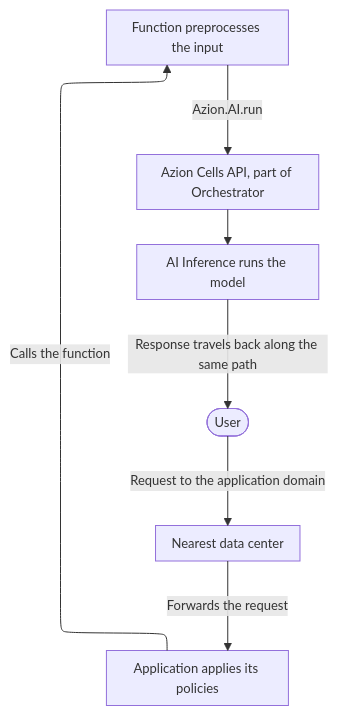
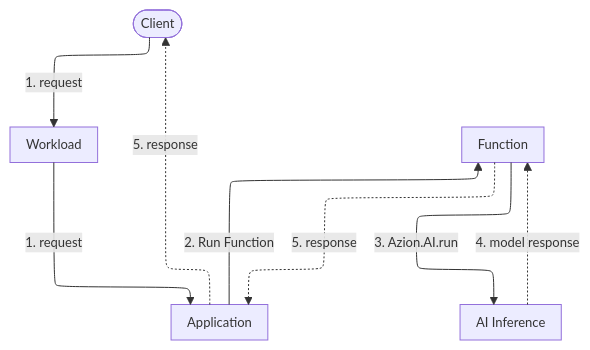
Before and after one commit to aziontech/docs: the diagram in apps/docs/src/content/docs/en/pages/main-menu/reference/ai-inference/how-it-works.mdx, drawn with Mermaid. The commit also changed other lines of this file and 7 other files, not shown here.

````diff
--- a/apps/docs/src/content/docs/en/pages/main-menu/reference/ai-inference/how-it-works.mdx
+++ b/apps/docs/src/content/docs/en/pages/main-menu/reference/ai-inference/how-it-works.mdx
@@ -39,10 +39,16 @@
 ```mermaid
-%%{init: {"layout": "elk", "themeVariables": {"fontSize": "13px"}, "flowchart": {"nodeSpacing": 24, "rankSpacing": 36, "padding": 8, "wrappingWidth": 150, "useMaxWidth": true}, "sequence": {"width": 120, "actorMargin": 30, "useMaxWidth": true}}}%%
+%%{init: {"layout": "elk", "elk": {"cycleBreakingStrategy": "MODEL_ORDER"}, "themeVariables": {"fontSize": "13px"}, "flowchart": {"nodeSpacing": 24, "rankSpacing": 36, "padding": 8, "wrappingWidth": 150, "useMaxWidth": true}, "sequence": {"width": 120, "actorMargin": 30, "useMaxWidth": true}}}%%
 flowchart TD
-  User(["User"]) -->|"Request to the application domain"| DC["Nearest data center"]
-  DC -->|"Forwards the request"| App["Application applies its policies"]
-  App -->|"Calls the function"| Fn["Function preprocesses the input"]
-  Fn -->|"Azion.AI.run"| Cells["Azion Cells API, part of Orchestrator"]
-  Cells --> Model["AI Inference runs the model"]
-  Model -->|"Response travels back along the same path"| User
+  Client(["Client"])
+  WL["Workload"]
+  App["Application"]
+  Fn["Function"]
+  AI["AI Inference"]
+  Client -->|"1. request"| WL
+  WL -->|"1. request"| App
+  App -->|"2. Run Function"| Fn
+  Fn -->|"3. Azion.AI.run"| AI
+  AI -.->|"4. model response"| Fn
+  Fn -.->|"5. response"| App
+  App -.->|"5. response"| Client
 ```
````
